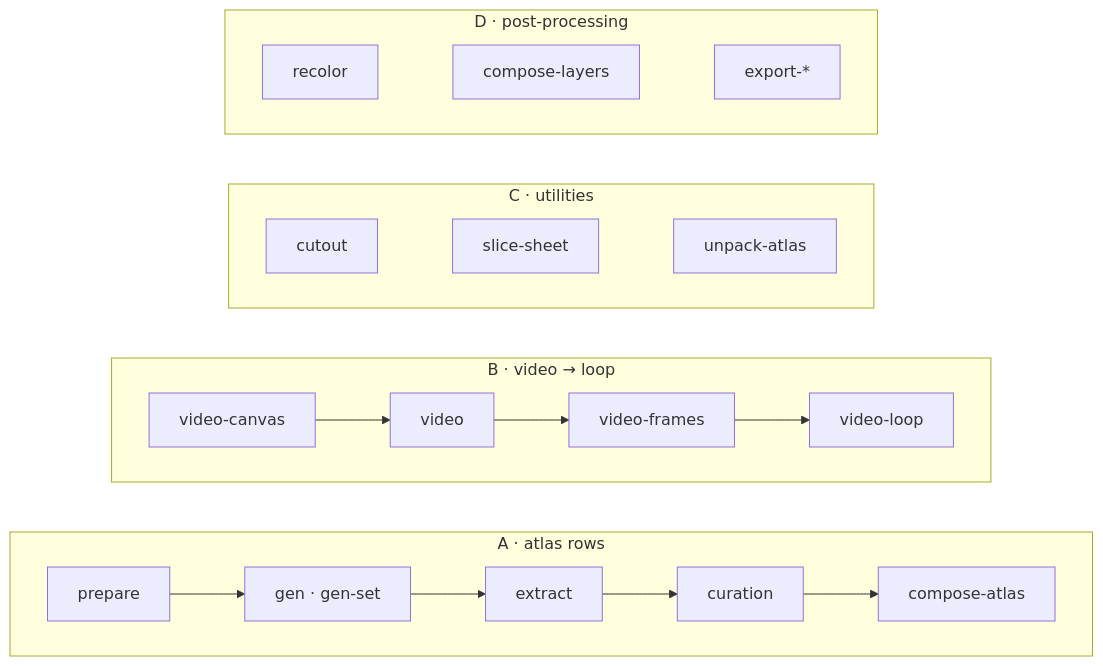
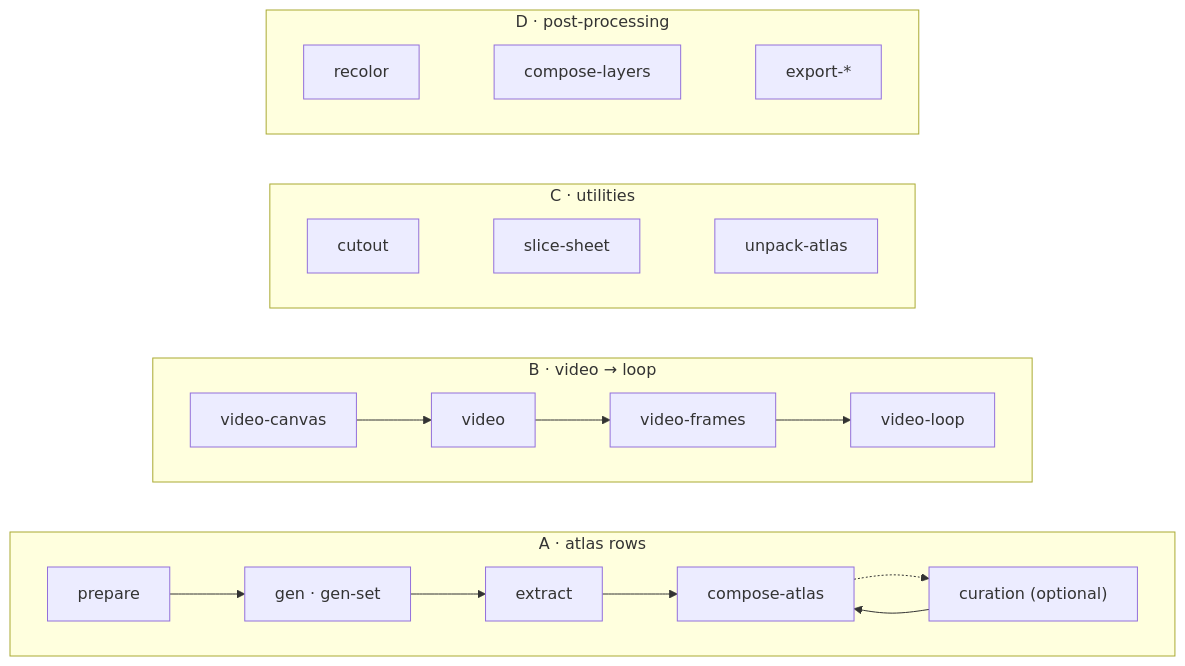
The diagram in README.es.md (aldegad/sprite-gen), drawn with Mermaid before and after one commit. The commit also changed other lines of this file and 24 other files, not shown here.

````diff
--- a/README.es.md
+++ b/README.es.md
@@ -32,19 +36,21 @@
 ```mermaid
 flowchart LR
     subgraph A["A · atlas rows"]
         direction LR
-        a1[prepare] --> a2["gen · gen-set"] --> a3[extract] --> a4[curation] --> a5[compose-atlas]
+        a1[prepare] --> a2["gen · gen-set"] --> a3[extract] --> a5[compose-atlas]
+        a5 -.-> a4["curation (optional)"]
+        a4 --> a5
     end
     subgraph B["B · video → loop"]
         direction LR
         b1[video-canvas] --> b2[video] --> b3[video-frames] --> b4[video-loop]
     end
     subgraph C["C · utilities"]
         direction LR
         c1[cutout] ~~~ c2[slice-sheet] ~~~ c3[unpack-atlas]
     end
     subgraph D["D · post-processing"]
         direction LR
         d1[recolor] ~~~ d2[compose-layers] ~~~ d3[export-*]
     end
 ```
````
